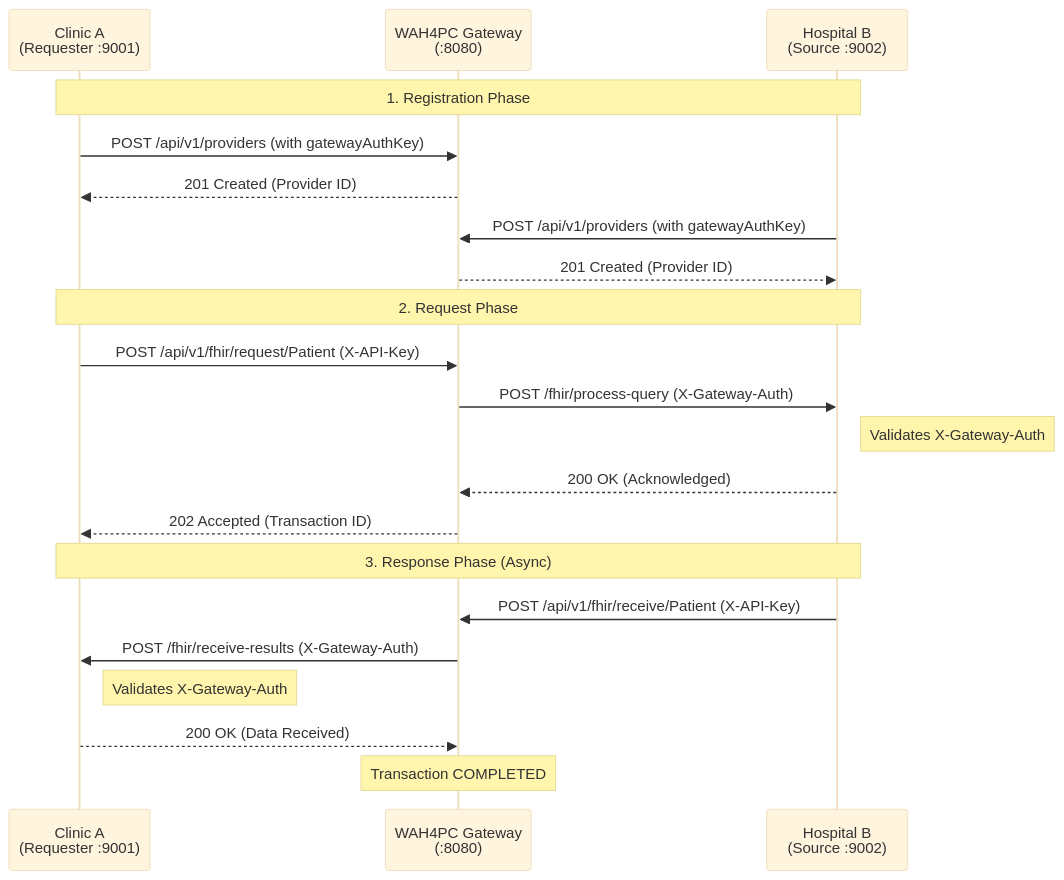
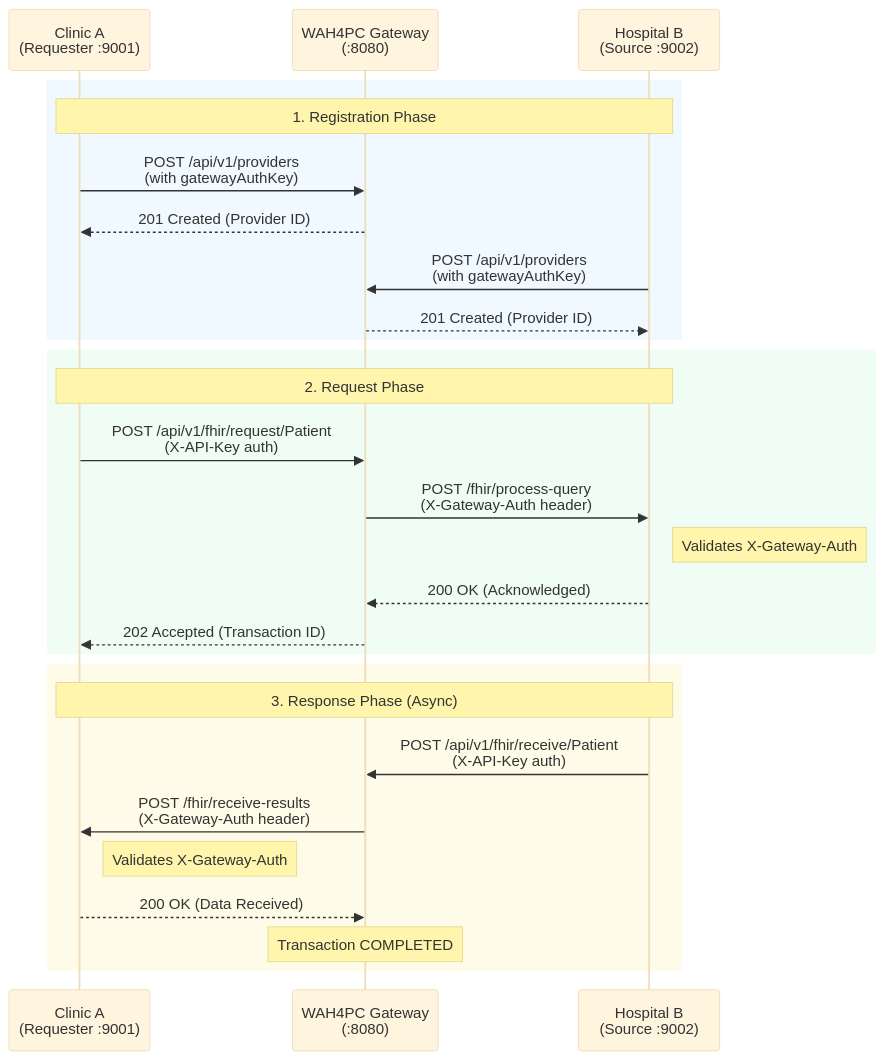
The diagram in README.md (ceciliomichael/wah4pc-gateway), drawn with Mermaid (base theme) before and after one commit. The commit also changed 21 other files, not shown here.

First line of the commit message:
docs(readme): enhance sequence diagram with color-coded phases

````diff
--- a/README.md
+++ b/README.md
@@ -38,26 +38,32 @@
 ```mermaid
 sequenceDiagram
     participant C as Clinic A<br/>(Requester :9001)
     participant G as WAH4PC Gateway<br/>(:8080)
     participant H as Hospital B<br/>(Source :9002)
 
-    Note over C,H: 1. Registration Phase
-    C->>G: POST /api/v1/providers (with gatewayAuthKey)
-    G-->>C: 201 Created (Provider ID)
-    H->>G: POST /api/v1/providers (with gatewayAuthKey)
-    G-->>H: 201 Created (Provider ID)
+    rect rgb(240, 249, 255)
+        Note over C,H: 1. Registration Phase
+        C->>G: POST /api/v1/providers<br/>(with gatewayAuthKey)
+        G-->>C: 201 Created (Provider ID)
+        H->>G: POST /api/v1/providers<br/>(with gatewayAuthKey)
+        G-->>H: 201 Created (Provider ID)
+    end
 
-    Note over C,H: 2. Request Phase
-    C->>G: POST /api/v1/fhir/request/Patient (X-API-Key)
-    G->>H: POST /fhir/process-query (X-Gateway-Auth)
-    Note right of H: Validates X-Gateway-Auth
-    H-->>G: 200 OK (Acknowledged)
-    G-->>C: 202 Accepted (Transaction ID)
+    rect rgb(240, 253, 244)
+        Note over C,H: 2. Request Phase
+        C->>G: POST /api/v1/fhir/request/Patient<br/>(X-API-Key auth)
+        G->>H: POST /fhir/process-query<br/>(X-Gateway-Auth header)
+        Note right of H: Validates X-Gateway-Auth
+        H-->>G: 200 OK (Acknowledged)
+        G-->>C: 202 Accepted (Transaction ID)
+    end
 
-    Note over C,H: 3. Response Phase (Async)
-    H->>G: POST /api/v1/fhir/receive/Patient (X-API-Key)
-    G->>C: POST /fhir/receive-results (X-Gateway-Auth)
-    Note right of C: Validates X-Gateway-Auth
-    C-->>G: 200 OK (Data Received)
-    Note over G: Transaction COMPLETED
+    rect rgb(254, 252, 232)
+        Note over C,H: 3. Response Phase (Async)
+        H->>G: POST /api/v1/fhir/receive/Patient<br/>(X-API-Key auth)
+        G->>C: POST /fhir/receive-results<br/>(X-Gateway-Auth header)
+        Note right of C: Validates X-Gateway-Auth
+        C-->>G: 200 OK (Data Received)
+        Note over G: Transaction COMPLETED
+    end
 ```
````
